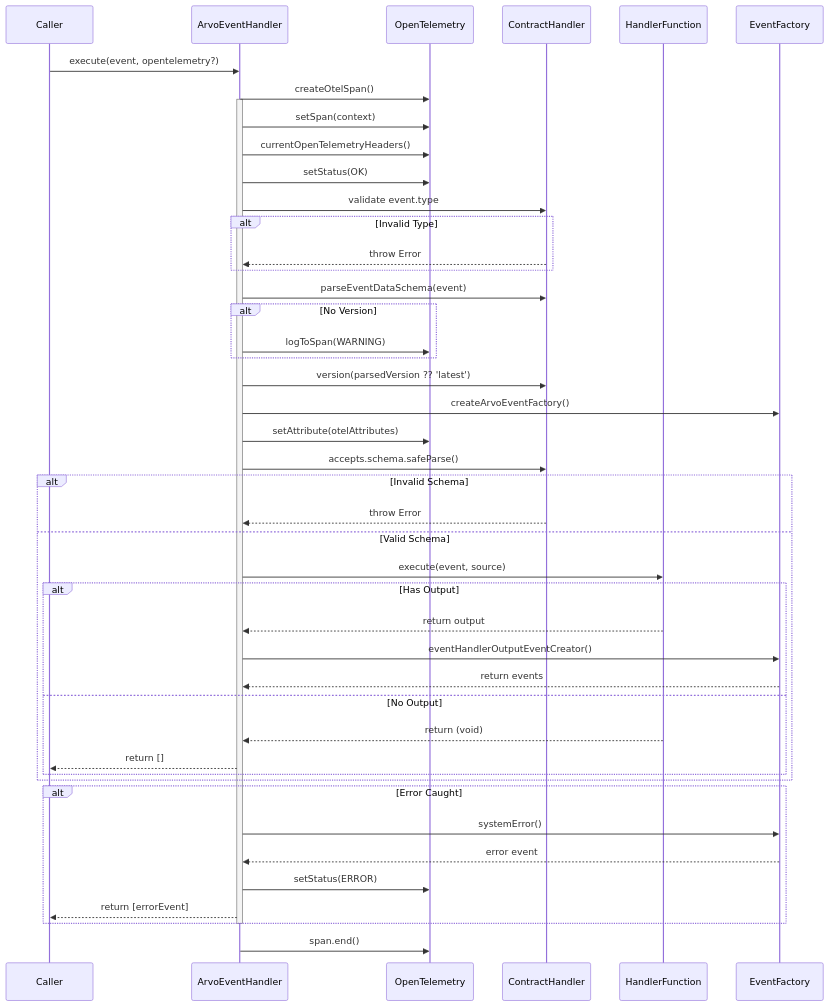
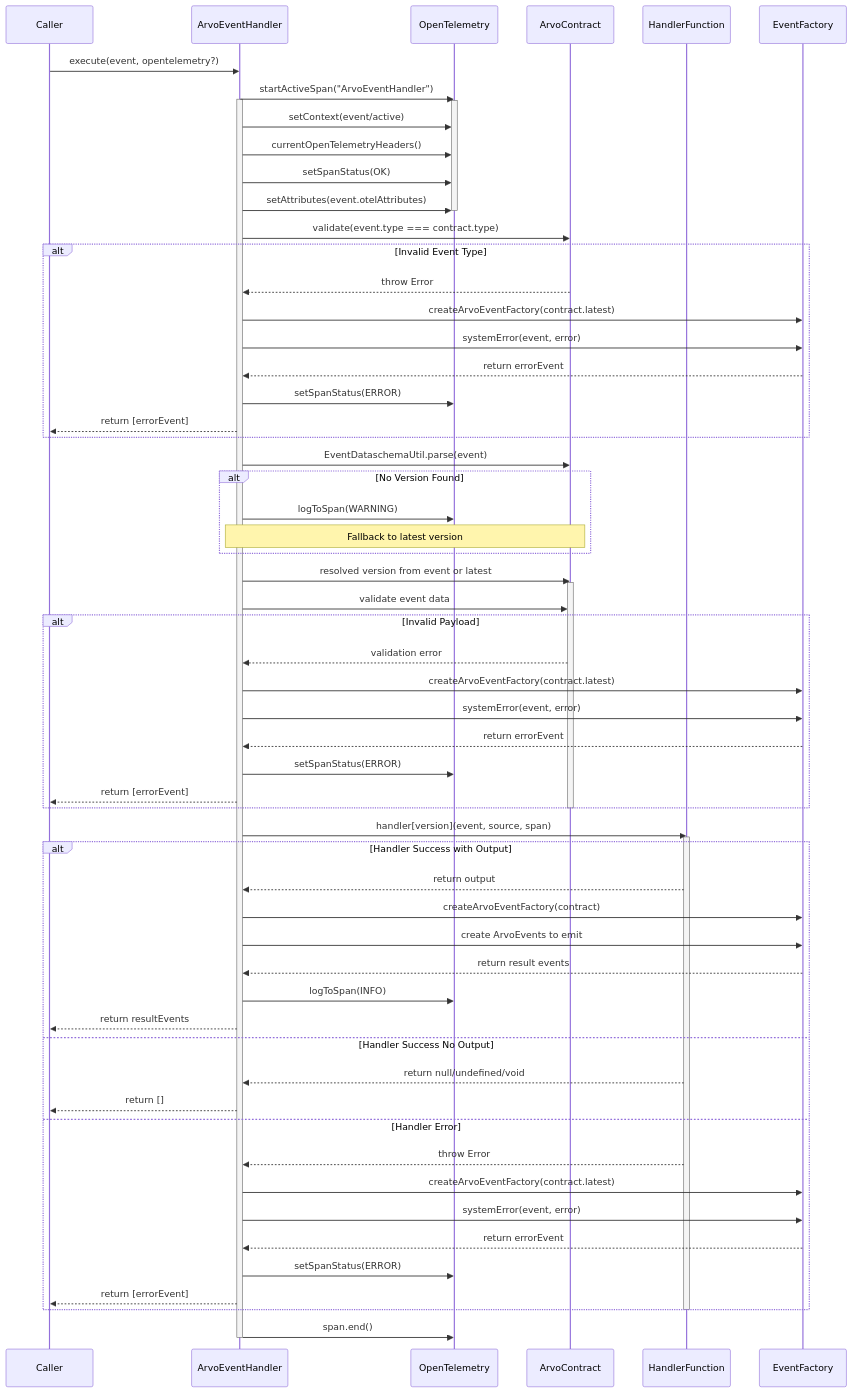
The second of 2 diagrams in src/ArvoEventHandler/ExecutionDiagrams.md (SaadAhmad123/arvo-event-handler), drawn with Mermaid before and after one commit. The commit also changed other lines of this file and 22 other files, not shown here.

````diff
--- a/src/ArvoEventHandler/ExecutionDiagrams.md
+++ b/src/ArvoEventHandler/ExecutionDiagrams.md
@@ -71,57 +90,79 @@
 ```mermaid
 sequenceDiagram
     participant Caller
     participant Handler as ArvoEventHandler
     participant OTel as OpenTelemetry
-    participant Contract as ContractHandler
+    participant Contract as ArvoContract
     participant HandlerFn as HandlerFunction
     participant Factory as EventFactory
 
     Caller->>Handler: execute(event, opentelemetry?)
-    Handler->>OTel: createOtelSpan()
+
+    %% Span Management
+    Handler->>OTel: startActiveSpan("ArvoEventHandler")
     activate Handler
+    activate OTel
+    Handler->>OTel: setContext(event/active)
+    Handler->>OTel: currentOpenTelemetryHeaders()
+    Handler->>OTel: setSpanStatus(OK)
+    Handler->>OTel: setAttributes(event.otelAttributes)
+    deactivate OTel
 
-    Handler->>OTel: setSpan(context)
-    Handler->>OTel: currentOpenTelemetryHeaders()
-    Handler->>OTel: setStatus(OK)
-
-    Handler->>Contract: validate event.type
-    alt Invalid Type
+    %% Validation Phase
+    Handler->>Contract: validate(event.type === contract.type)
+    alt Invalid Event Type
         Contract-->>Handler: throw Error
-    end
-
-    Handler->>Contract: parseEventDataSchema(event)
-    alt No Version
-        Handler->>OTel: logToSpan(WARNING)
-    end
-
-    Handler->>Contract: version(parsedVersion ?? 'latest')
-    Handler->>Factory: createArvoEventFactory()
-
-    Handler->>OTel: setAttribute(otelAttributes)
-    Handler->>Contract: accepts.schema.safeParse()
-
-    alt Invalid Schema
-        Contract-->>Handler: throw Error
-    else Valid Schema
-        Handler->>HandlerFn: execute(event, source)
-        alt Has Output
-            HandlerFn-->>Handler: return output
-            Handler->>Factory: eventHandlerOutputEventCreator()
-            Factory-->>Handler: return events
-        else No Output
-            HandlerFn-->>Handler: return (void)
-            Handler-->>Caller: return []
-        end
-    end
-
-    alt Error Caught
-        Handler->>Factory: systemError()
-        Factory-->>Handler: error event
-        Handler->>OTel: setStatus(ERROR)
+        Handler->>Factory: createArvoEventFactory(contract.latest)
+        Handler->>Factory: systemError(event, error)
+        Factory-->>Handler: return errorEvent
+        Handler->>OTel: setSpanStatus(ERROR)
         Handler-->>Caller: return [errorEvent]
     end
 
+    Handler->>Contract: EventDataschemaUtil.parse(event)
+    alt No Version Found
+        Handler->>OTel: logToSpan(WARNING)
+        Note over Handler,Contract: Fallback to latest version
+    end
+
+    %% Contract Handling
+    Handler->>Contract: resolved version from event or latest
+    activate Contract
+    Handler->>Contract: validate event data
+    alt Invalid Payload
+        Contract-->>Handler: validation error
+        Handler->>Factory: createArvoEventFactory(contract.latest)
+        Handler->>Factory: systemError(event, error)
+        Factory-->>Handler: return errorEvent
+        Handler->>OTel: setSpanStatus(ERROR)
+        Handler-->>Caller: return [errorEvent]
+    end
+    deactivate Contract
+
+    %% Handler Execution
+    Handler->>HandlerFn: handler[version](event, source, span)
+    activate HandlerFn
+    alt Handler Success with Output
+        HandlerFn-->>Handler: return output
+        Handler->>Factory: createArvoEventFactory(contract)
+        Handler->>Factory: create ArvoEvents to emit
+        Factory-->>Handler: return result events
+        Handler->>OTel: logToSpan(INFO)
+        Handler-->>Caller: return resultEvents
+    else Handler Success No Output
+        HandlerFn-->>Handler: return null/undefined/void
+        Handler-->>Caller: return []
+    else Handler Error
+        HandlerFn-->>Handler: throw Error
+        Handler->>Factory: createArvoEventFactory(contract.latest)
+        Handler->>Factory: systemError(event, error)
+        Factory-->>Handler: return errorEvent
+        Handler->>OTel: setSpanStatus(ERROR)
+        Handler-->>Caller: return [errorEvent]
+    end
+    deactivate HandlerFn
+
+    %% Cleanup
+    Handler->>OTel: span.end()
     deactivate Handler
-    Handler->>OTel: span.end()
 ```
````
